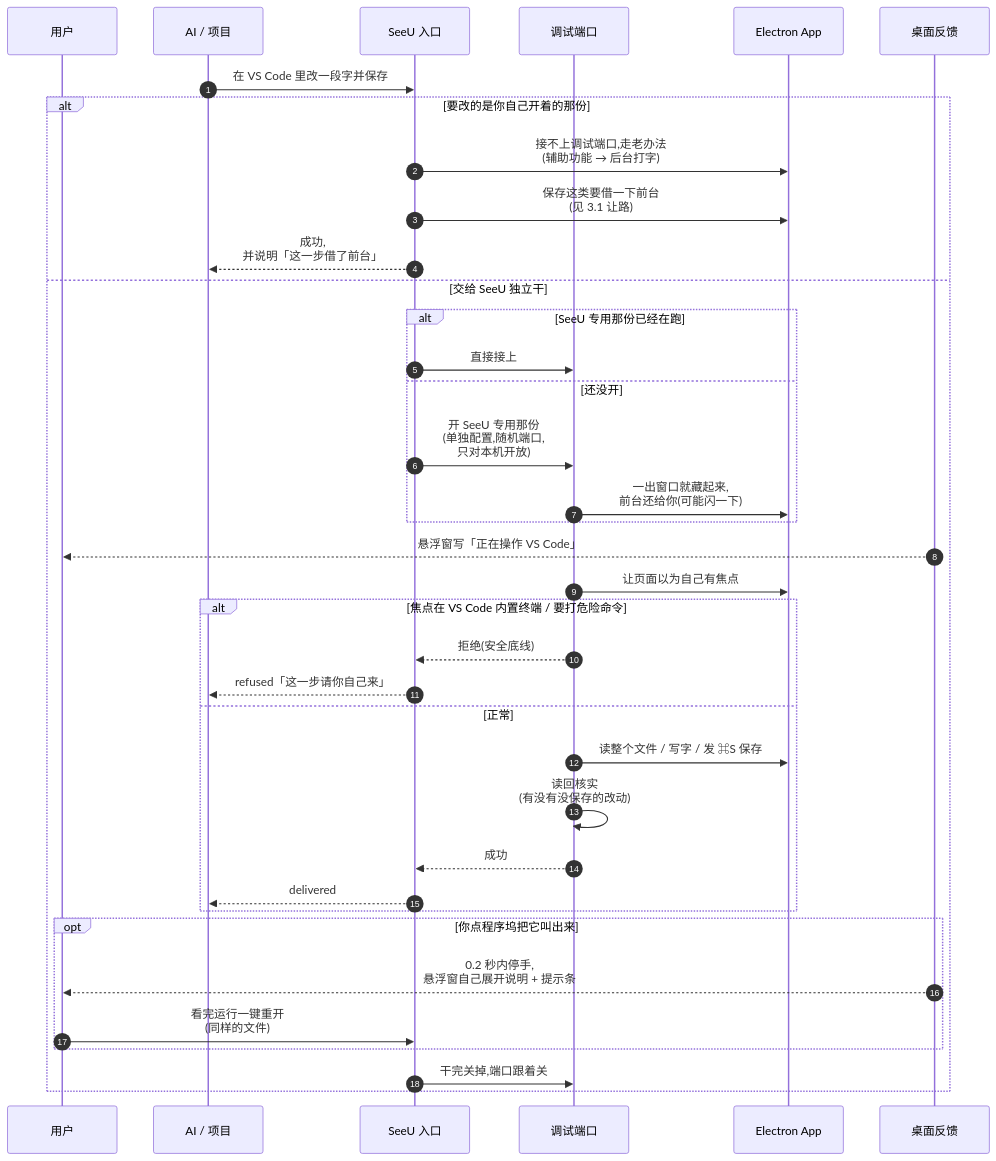
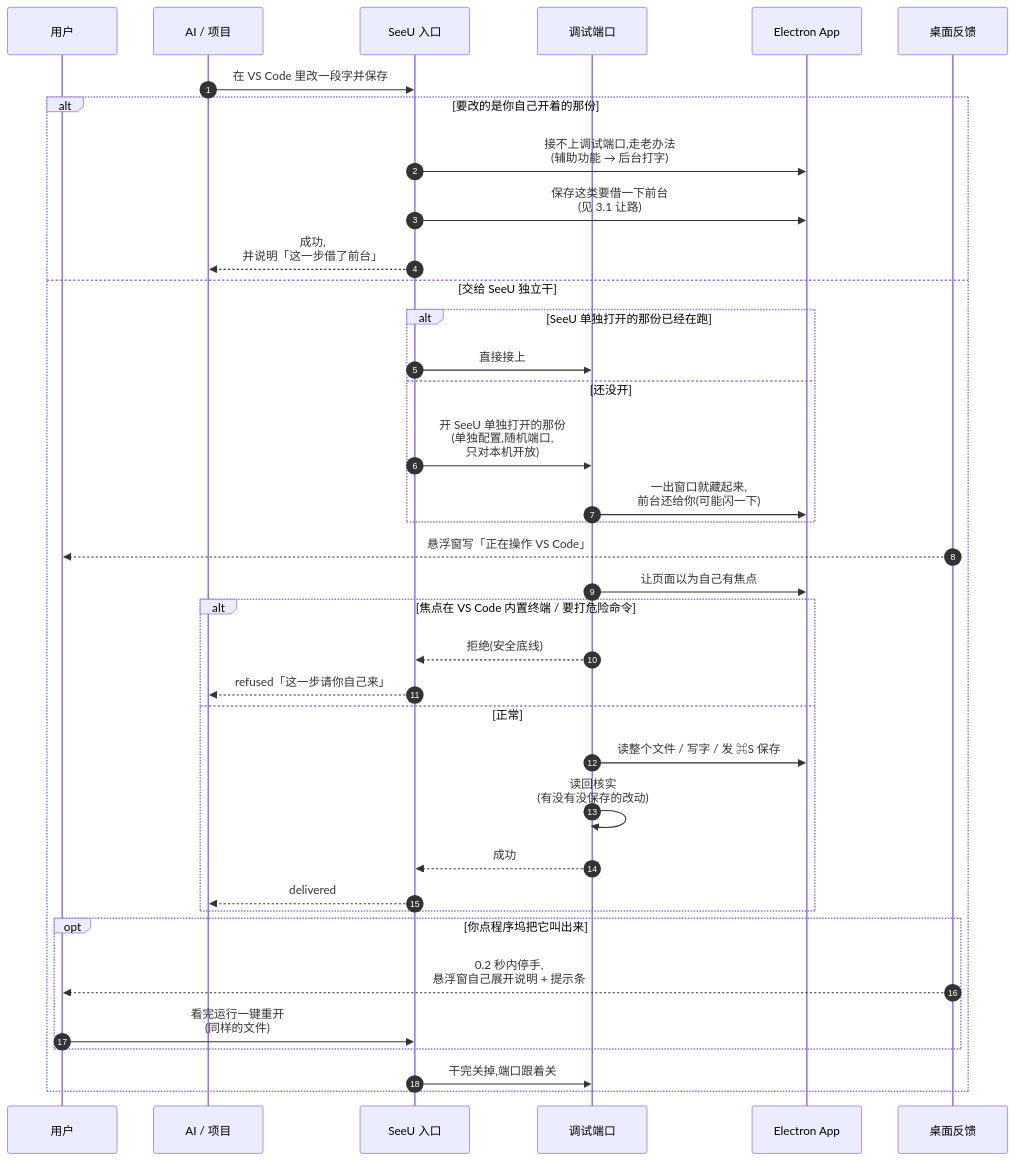
Before and after one commit to Mr-Bingoo/seeu-computeruse: the seventh of 13 diagrams in docs/SeeU-业务图.zh-CN.md, drawn with Mermaid. The commit also changed other lines of this file and 47 other files, not shown here.

````diff
--- a/docs/SeeU-业务图.zh-CN.md
+++ b/docs/SeeU-业务图.zh-CN.md
@@ -262,39 +308,39 @@
 ```mermaid
 sequenceDiagram
   autonumber
   participant U as 用户
   participant AI as AI / 项目
   participant E as SeeU 入口
   participant C as 调试端口
   participant A as Electron App
   participant F as 桌面反馈
   AI->>E: 在 VS Code 里改一段字并保存
   alt 要改的是你自己开着的那份
     E->>A: 接不上调试端口,走老办法<br/>(辅助功能 → 后台打字)
     E->>A: 保存这类要借一下前台<br/>(见 3.1 让路)
     E-->>AI: 成功,<br/>并说明「这一步借了前台」
   else 交给 SeeU 独立干
-    alt SeeU 专用那份已经在跑
+    alt SeeU 单独打开的那份已经在跑
       E->>C: 直接接上
     else 还没开
-      E->>C: 开 SeeU 专用那份<br/>(单独配置,随机端口,<br/>只对本机开放)
+      E->>C: 开 SeeU 单独打开的那份<br/>(单独配置,随机端口,<br/>只对本机开放)
       C->>A: 一出窗口就藏起来,<br/>前台还给你(可能闪一下)
     end
     F-->>U: 悬浮窗写「正在操作 VS Code」
     C->>A: 让页面以为自己有焦点
     alt 焦点在 VS Code 内置终端 / 要打危险命令
       C-->>E: 拒绝(安全底线)
       E-->>AI: refused「这一步请你自己来」
     else 正常
       C->>A: 读整个文件 / 写字 / 发 ⌘S 保存
       C->>C: 读回核实<br/>(有没有没保存的改动)
       C-->>E: 成功
       E-->>AI: delivered
     end
     opt 你点程序坞把它叫出来
       F-->>U: 0.2 秒内停手,<br/>悬浮窗自己展开说明 + 提示条
       U->>E: 看完运行一键重开<br/>(同样的文件)
     end
     E->>C: 干完关掉,端口跟着关
   end
 ```
````
